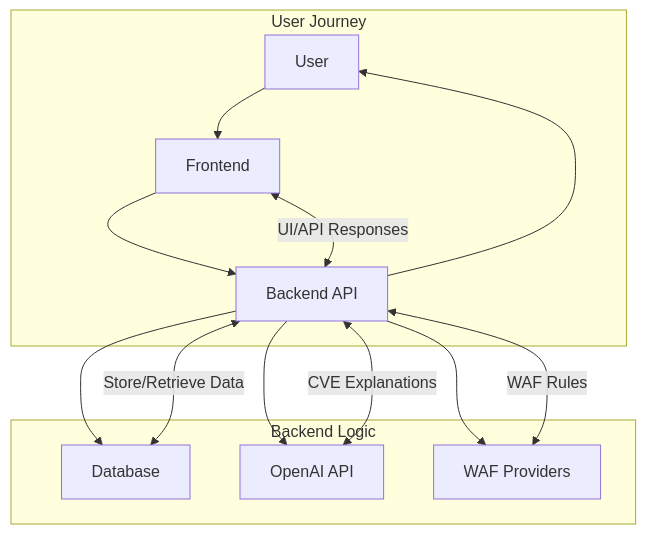
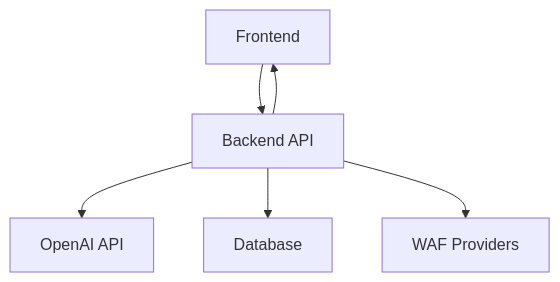
One commit to spartancyberultron/WAF-Copilot changed the first of 2 diagrams in README.md. Above: the diagram before and after it, drawn with Mermaid. The commit also changed other lines of this file, not shown here.

````diff
--- a/README.md
+++ b/README.md
@@ -43,20 +44,14 @@
 ```mermaid
 flowchart TD
-    subgraph User Journey
-      U[User] --> F[Frontend]
-      F --> B[Backend API]
-      B --> U
-    end
+    F[Frontend]
+    B[Backend API]
+    OAI[OpenAI API]
+    DB[Database]
+    WAF[WAF Providers]
 
-    subgraph Backend Logic
-      B --> DB[Database]
-      B --> OAI[OpenAI API]
-      B --> WAF[WAF Providers]
-    end
-
-    %% Data directions for clarity
-    F <-->|UI/API Responses| B
-    B <-->|WAF Rules| WAF
-    B <-->|CVE Explanations| OAI
-    B <-->|Store/Retrieve Data| DB
+    F --> B
+    B --> OAI
+    B --> DB
+    B --> WAF
+    B --> F
 ```
````
